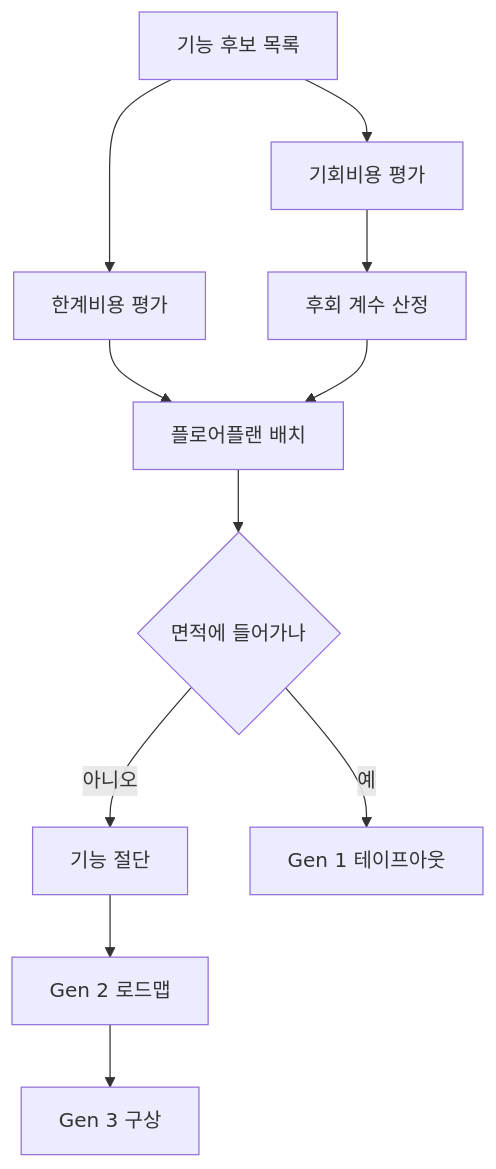
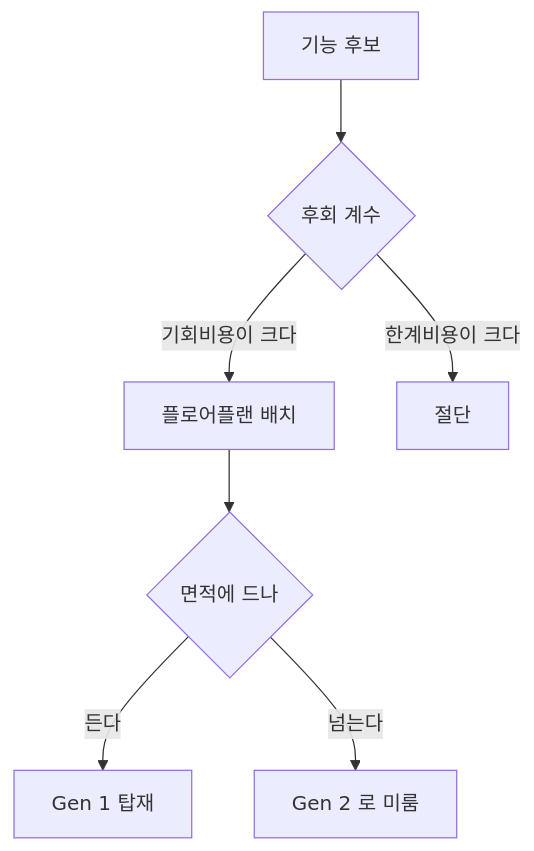
The third of 10 diagrams in insights/frames/exp/2026-08-27-openai-jalapeno-tech-opus.md (yohan4477/semi-report), drawn with Mermaid before and after one commit. The commit also changed other lines of this file and 2 other files, not shown here.

````diff
--- a/insights/frames/exp/2026-08-27-openai-jalapeno-tech-opus.md
+++ b/insights/frames/exp/2026-08-27-openai-jalapeno-tech-opus.md
@@ -101,13 +92,9 @@
 ```mermaid
 flowchart TD
-    A["기능 후보 목록"] --> B["한계비용 평가"]
-    A --> C["기회비용 평가"]
-    C --> D["후회 계수 산정"]
-    B --> E["플로어플랜 배치"]
-    D --> E
-    E --> F{"면적에 들어가나"}
-    F -- 아니오 --> G["기능 절단"]
-    G --> H["Gen 2 로드맵"]
-    F -- 예 --> I["Gen 1 테이프아웃"]
-    H --> J["Gen 3 구상"]
+    F["기능 후보"] --> C{"후회 계수"}
+    C -->|기회비용이 크다| P["플로어플랜 배치"]
+    C -->|한계비용이 크다| O1["절단"]
+    P --> A{"면적에 드나"}
+    A -->|든다| G1["Gen 1 탑재"]
+    A -->|넘는다| O2["Gen 2 로 미룸"]
 ```
````
